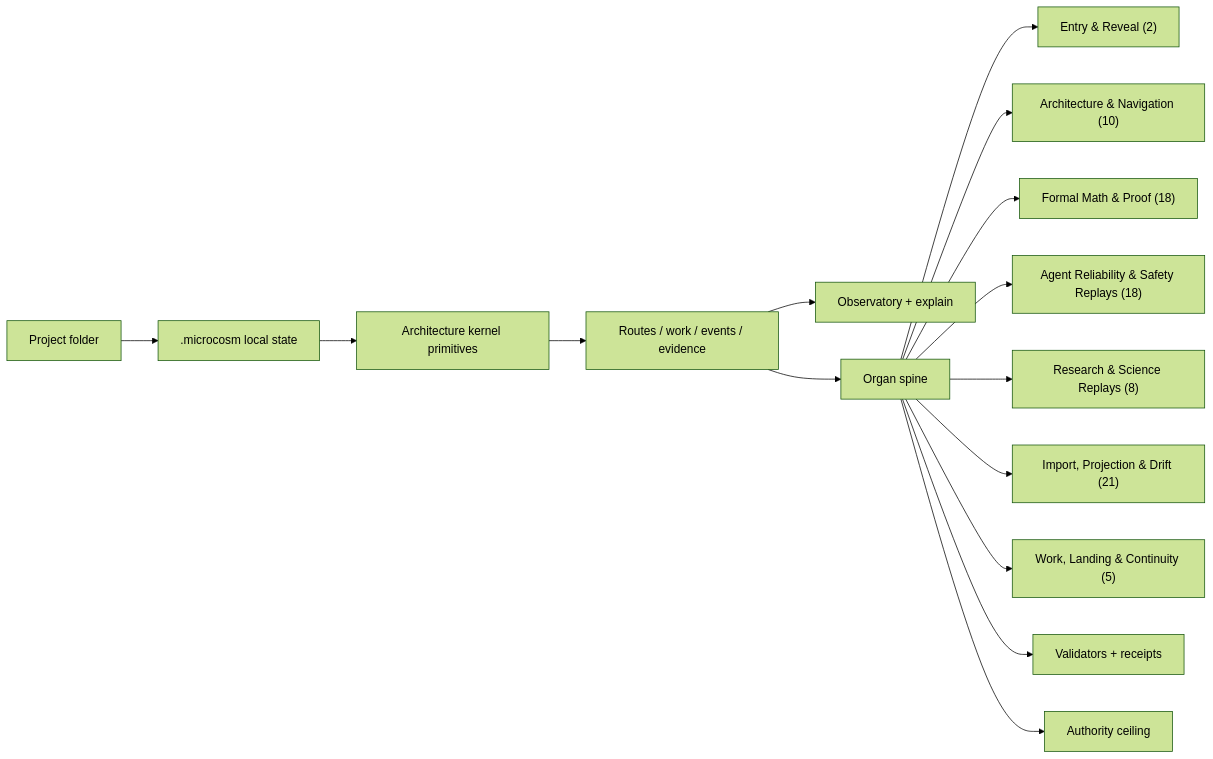
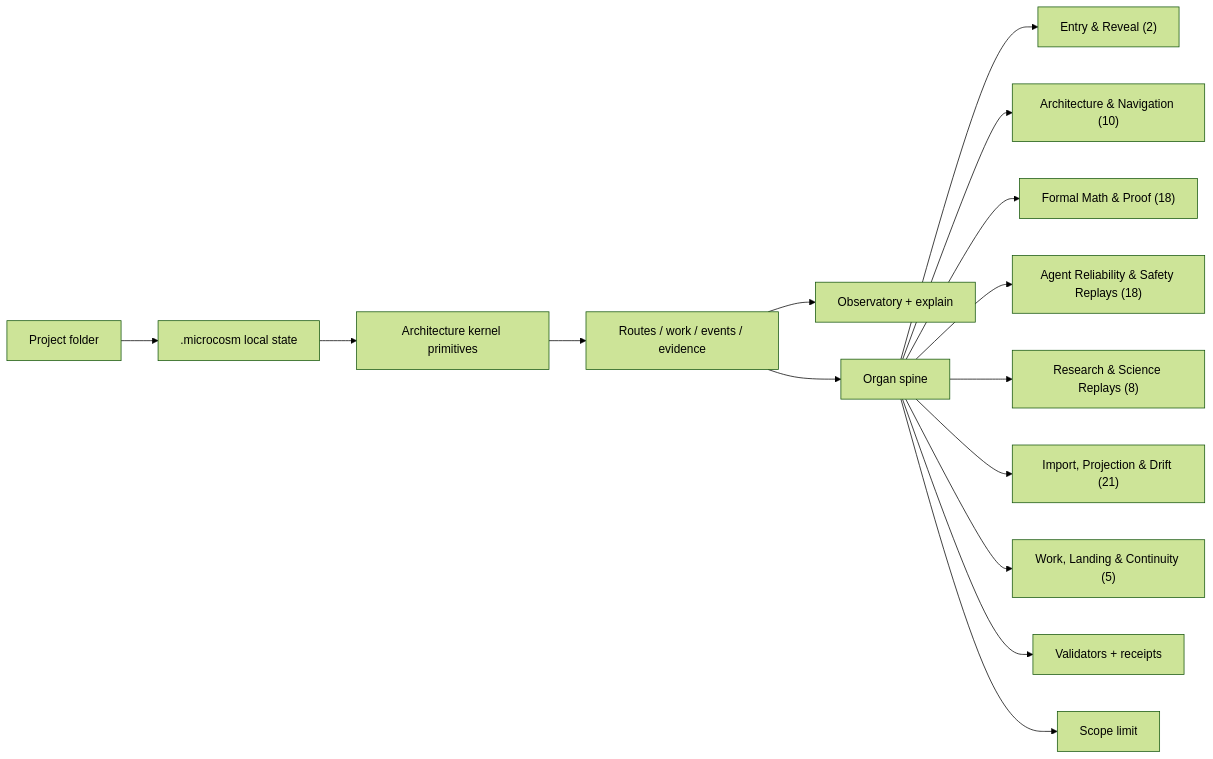
The third of 5 diagrams in ARCHITECTURE.md (wcook04/plectis), drawn with Mermaid (forest theme) before and after one commit. The commit also changed other lines of this file and 6 other files, not shown here.

````diff
--- a/ARCHITECTURE.md
+++ b/ARCHITECTURE.md
@@ -94,17 +94,17 @@
 ```mermaid
 flowchart LR
   P[Project folder] --> M[".microcosm local state"]
   M --> K[Architecture kernel primitives]
   K --> R[Routes / work / events / evidence]
   R --> O[Observatory + explain]
   R --> S[Organ spine]
   S --> EAR["Entry & Reveal (2)"]
   S --> AAN["Architecture & Navigation (10)"]
   S --> FMAP["Formal Math & Proof (18)"]
   S --> ARAS["Agent Reliability & Safety Replays (18)"]
   S --> RASR["Research & Science Replays (8)"]
   S --> IPAD["Import, Projection & Drift (21)"]
   S --> WLAC["Work, Landing & Continuity (5)"]
   S --> V[Validators + receipts]
-  S --> AC[Authority ceiling]
+  S --> AC[Scope limit]
 ```
````
